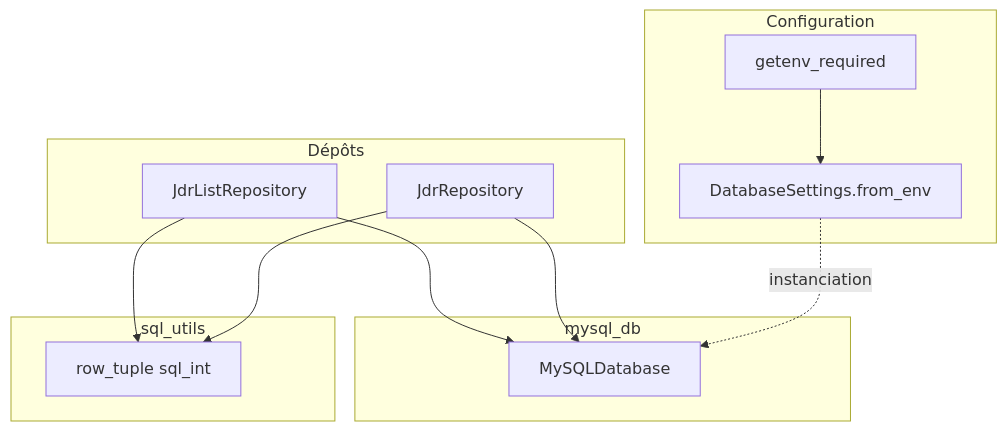
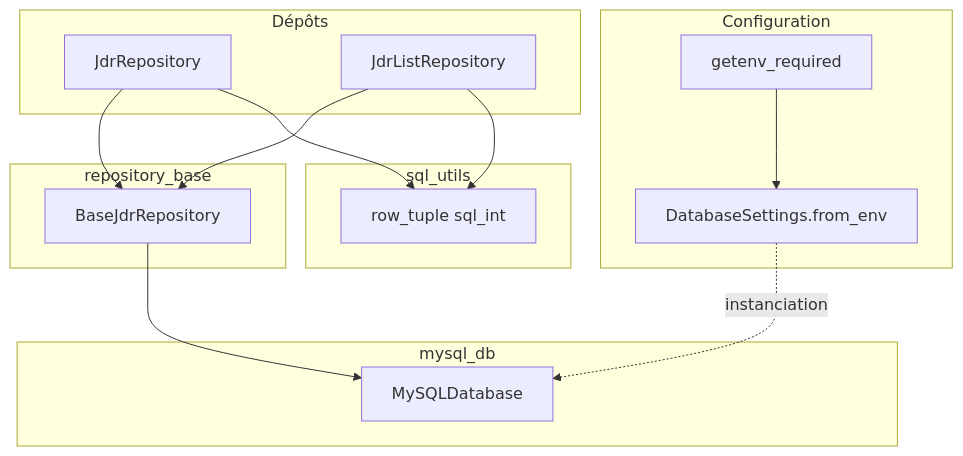
The diagram in docs/database/modules.md (Primica/exampy), drawn with Mermaid before and after one commit. The commit also changed other lines of this file and 13 other files, not shown here.

````diff
--- a/docs/database/modules.md
+++ b/docs/database/modules.md
@@ -5,23 +5,27 @@
 ```mermaid
 flowchart TB
   subgraph configuration [Configuration]
     GE[getenv_required]
     DS[DatabaseSettings.from_env]
     GE --> DS
   end
   subgraph connexion [mysql_db]
     MD[MySQLDatabase]
   end
+  subgraph socle [repository_base]
+    BR[BaseJdrRepository]
+  end
   subgraph depots [Dépôts]
     JR[JdrRepository]
     JL[JdrListRepository]
   end
   subgraph utilitaire [sql_utils]
     SU[row_tuple sql_int]
   end
   DS -.->|instanciation| MD
-  JR --> MD
-  JL --> MD
+  JR --> BR
+  JL --> BR
+  BR --> MD
   JR --> SU
   JL --> SU
 ```
````
